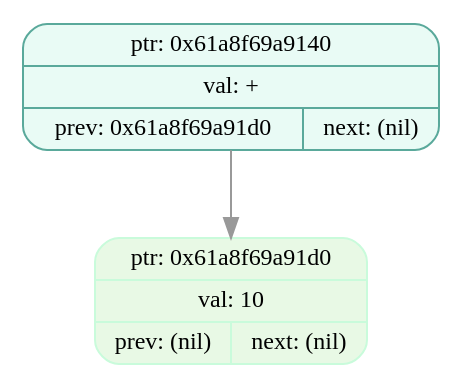
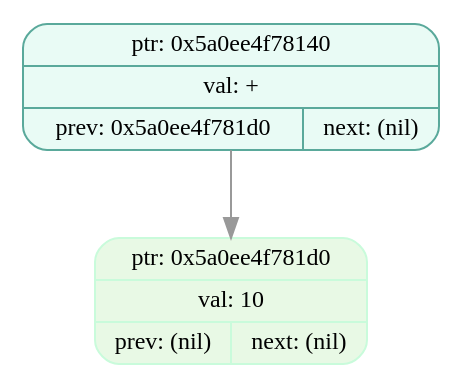
Before and after one commit to EvilTomato9890/Difference: the diagram in dumps/tree_dump_001.dot, drawn with Graphviz. The commit also changed 30 other files, not shown here.

```diff
--- a/dumps/tree_dump_001.dot
+++ b/dumps/tree_dump_001.dot
@@ -1,7 +1,7 @@
 digraph T{
   node [fontname="Fira Mono",shape=record,style="filled,rounded",fontsize=12];
   graph [splines=true, nodesep=0.6, ranksep=0.6];
-  node_0x61a8f69a9140[shape=record,label="{ {ptr: 0x61a8f69a9140} | {val: +} | { prev: 0x61a8f69a91d0 | next: (nil) } }",color="#5aa99b",fillcolor="#e9fbf5"];
-  node_0x61a8f69a91d0[shape=record,label="{ {ptr: 0x61a8f69a91d0} | {val: 10} | { prev: (nil) | next: (nil) } }",color="#c9fbdbff",fillcolor="#e8f9e5ff"];
-  node_0x61a8f69a9140 -> node_0x61a8f69a91d0 [color="#999999"];
+  node_0x5a0ee4f78140[shape=record,label="{ {ptr: 0x5a0ee4f78140} | {val: +} | { prev: 0x5a0ee4f781d0 | next: (nil) } }",color="#5aa99b",fillcolor="#e9fbf5"];
+  node_0x5a0ee4f781d0[shape=record,label="{ {ptr: 0x5a0ee4f781d0} | {val: 10} | { prev: (nil) | next: (nil) } }",color="#c9fbdbff",fillcolor="#e8f9e5ff"];
+  node_0x5a0ee4f78140 -> node_0x5a0ee4f781d0 [color="#999999"];
 }
```
